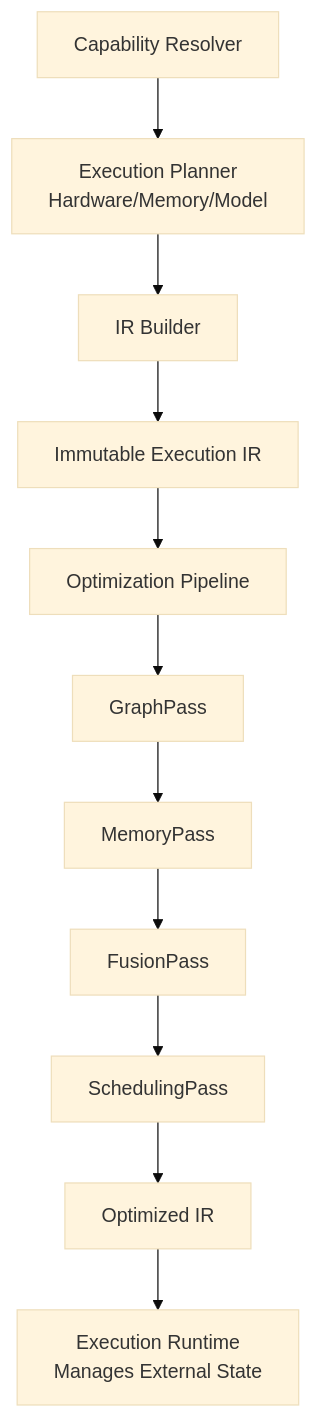
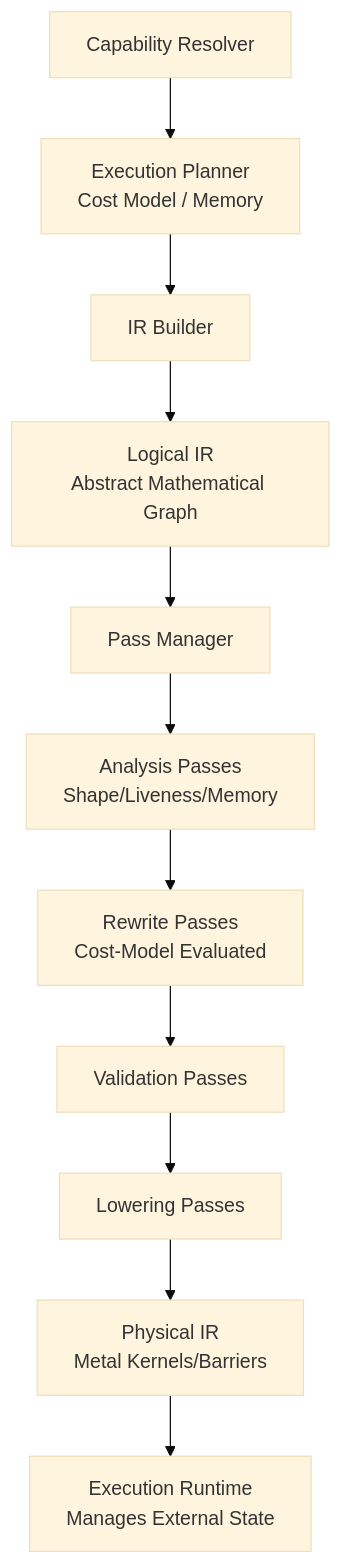
The first of 5 diagrams in RAES-011.md (techychamp/one), drawn with Mermaid (base theme) before and after one commit. The commit also changed other lines of this file, not shown here.

Commit message:
docs: Add RAES-011 Architecture Specification for Execution IR

````diff
--- a/RAES-011.md
+++ b/RAES-011.md
@@ -230,13 +210,13 @@
 ```mermaid
 graph TD
     Resolver[Capability Resolver] --> Planner
-    Planner[Execution Planner<br/>Hardware/Memory/Model] --> Builder[IR Builder]
-    Builder --> IR[Immutable Execution IR]
-    IR --> OptPipeline[Optimization Pipeline]
-    OptPipeline --> Pass1[GraphPass]
-    Pass1 --> Pass2[MemoryPass]
-    Pass2 --> Pass3[FusionPass]
-    Pass3 --> Pass4[SchedulingPass]
-    Pass4 --> OptIR[Optimized IR]
-    OptIR --> Runtime[Execution Runtime<br/>Manages External State]
+    Planner[Execution Planner<br/>Cost Model / Memory] --> Builder[IR Builder]
+    Builder --> LIR[Logical IR<br/>Abstract Mathematical Graph]
+    LIR --> PassManager[Pass Manager]
+    PassManager --> Analysis[Analysis Passes<br/>Shape/Liveness/Memory]
+    Analysis --> Rewrite[Rewrite Passes<br/>Cost-Model Evaluated]
+    Rewrite --> Validation[Validation Passes]
+    Validation --> Lowering[Lowering Passes]
+    Lowering --> PIR[Physical IR<br/>Metal Kernels/Barriers]
+    PIR --> Runtime[Execution Runtime<br/>Manages External State]
 ```
````
